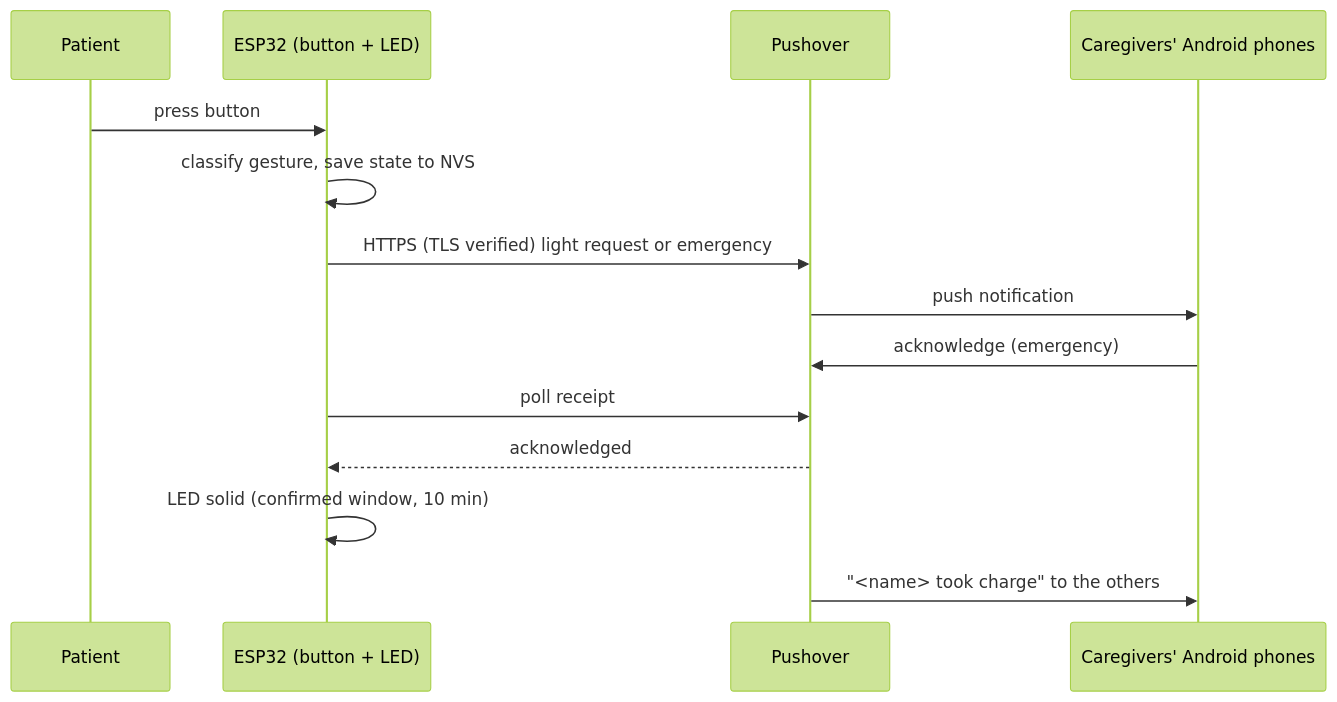
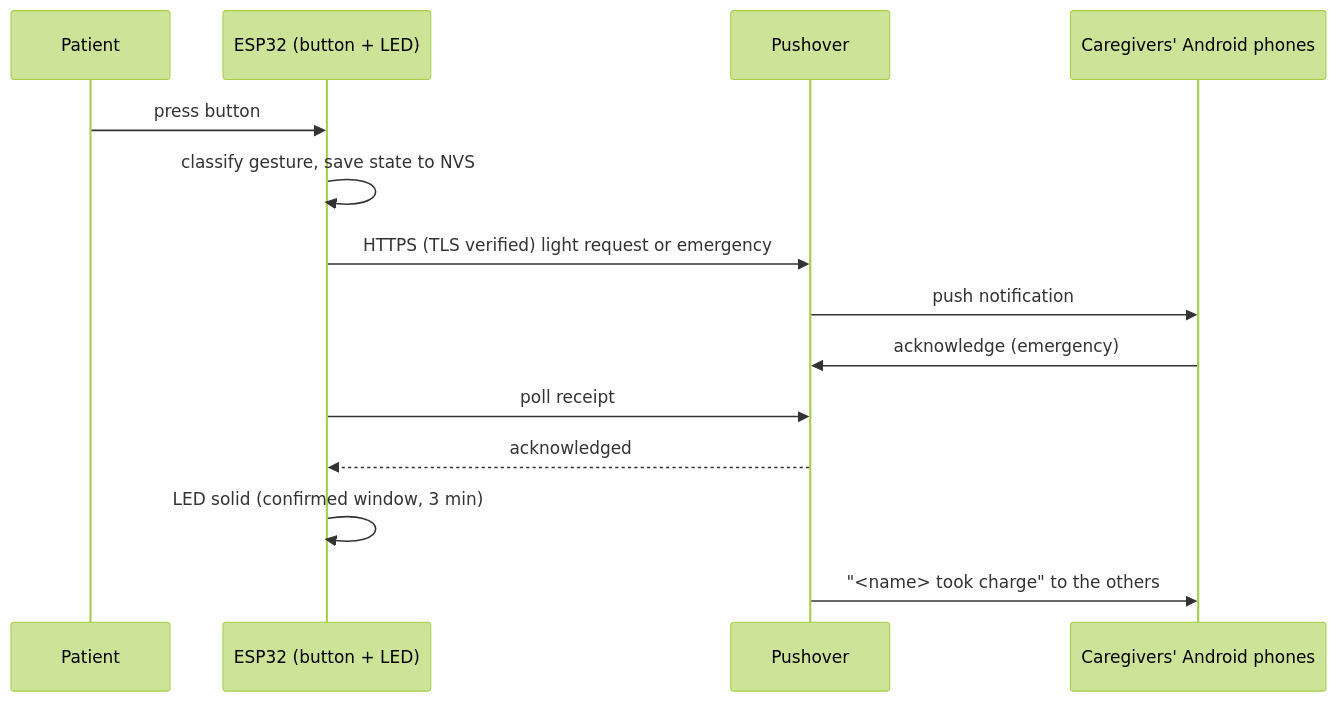
Before and after one commit to frapsd/esp32-patient-alert: the diagram in README.md, drawn with Mermaid (forest theme). The commit also changed other lines of this file and 4 other files, not shown here.

Commit message:
docs: LED upgrade window, confirmed window 3 minutes

````diff
--- a/README.md
+++ b/README.md
@@ -39,16 +39,16 @@
 ```mermaid
 sequenceDiagram
     participant P as Patient
     participant E as ESP32 (button + LED)
     participant W as Pushover
     participant C as Caregivers' Android phones
     P->>E: press button
     E->>E: classify gesture, save state to NVS
     E->>W: HTTPS (TLS verified) light request or emergency
     W->>C: push notification
     C->>W: acknowledge (emergency)
     E->>W: poll receipt
     W-->>E: acknowledged
-    E->>E: LED solid (confirmed window, 10 min)
+    E->>E: LED solid (confirmed window, 3 min)
     W->>C: "<name> took charge" to the others
 ```
````
